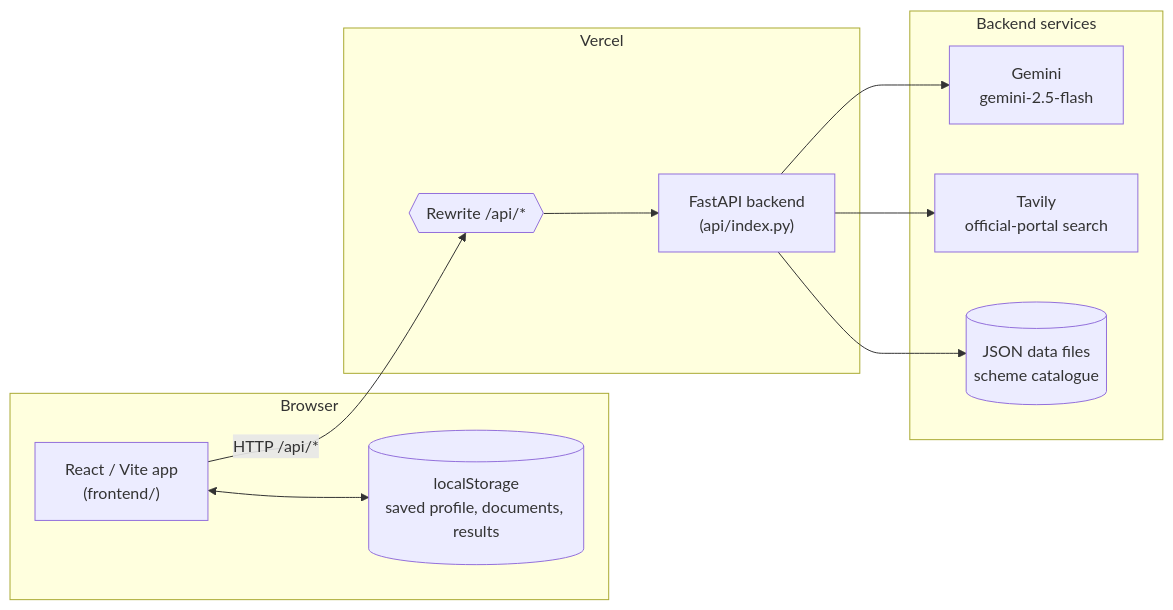
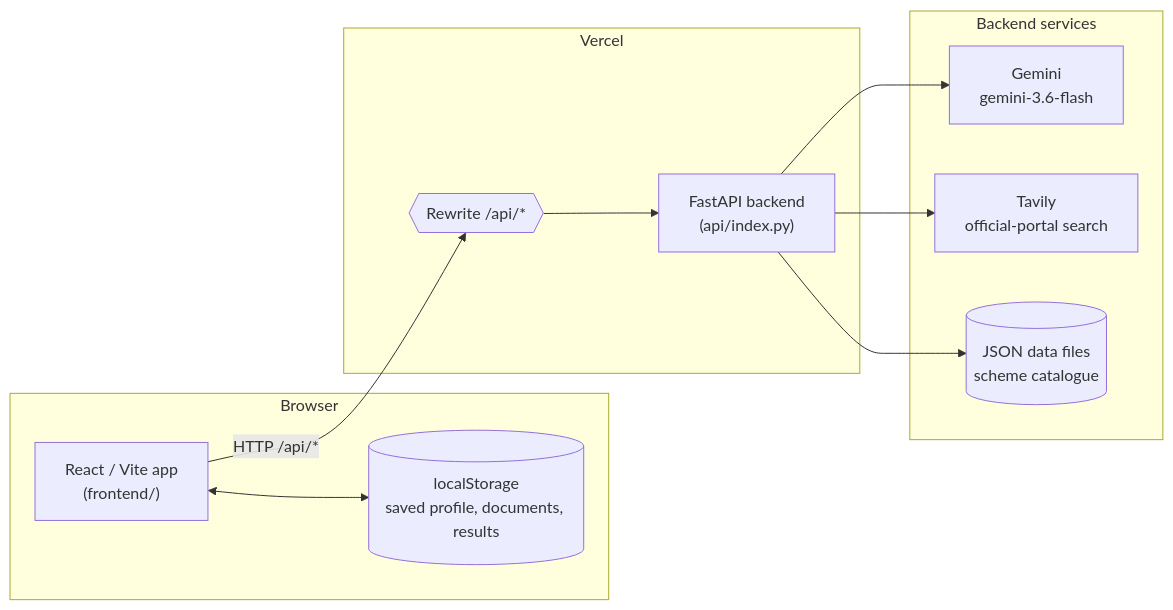
The first of 2 diagrams in README.md (N-MohammedShakeel/codebenders-hackathon), drawn with Mermaid before and after one commit. The commit also changed other lines of this file and 4 other files, not shown here.

````diff
--- a/README.md
+++ b/README.md
@@ -39,25 +39,25 @@
 ```mermaid
 flowchart LR
     subgraph Browser
         UI["React / Vite app<br/>(frontend/)"]
         LS[("localStorage<br/>saved profile, documents, results")]
         UI <--> LS
     end
 
     subgraph Vercel
         RW{{"Rewrite /api/*"}}
         API["FastAPI backend<br/>(api/index.py)"]
     end
 
     subgraph Backend_services["Backend services"]
-        GEM["Gemini<br/>gemini-2.5-flash"]
+        GEM["Gemini<br/>gemini-3.6-flash"]
         TAV["Tavily<br/>official-portal search"]
         JSON[("JSON data files<br/>scheme catalogue")]
     end
 
     UI -- "HTTP /api/*" --> RW
     RW --> API
     API --> GEM
     API --> TAV
     API --> JSON
 ```
````
